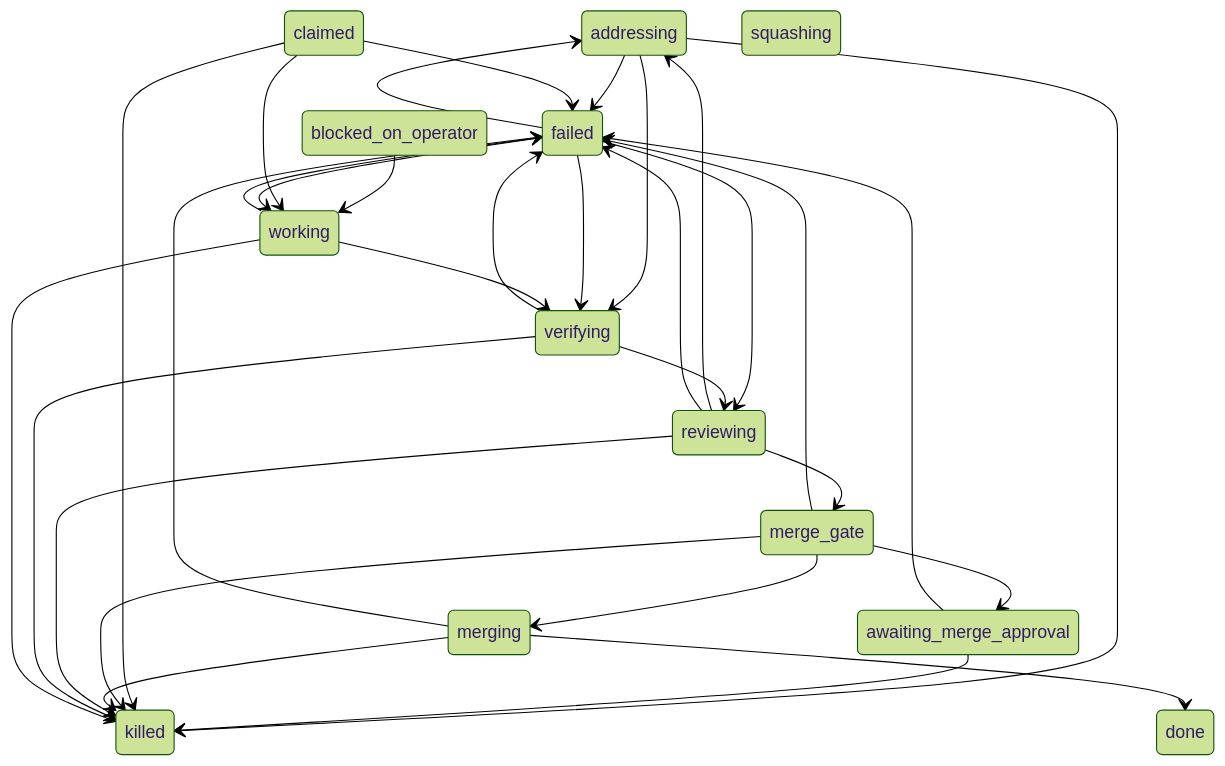
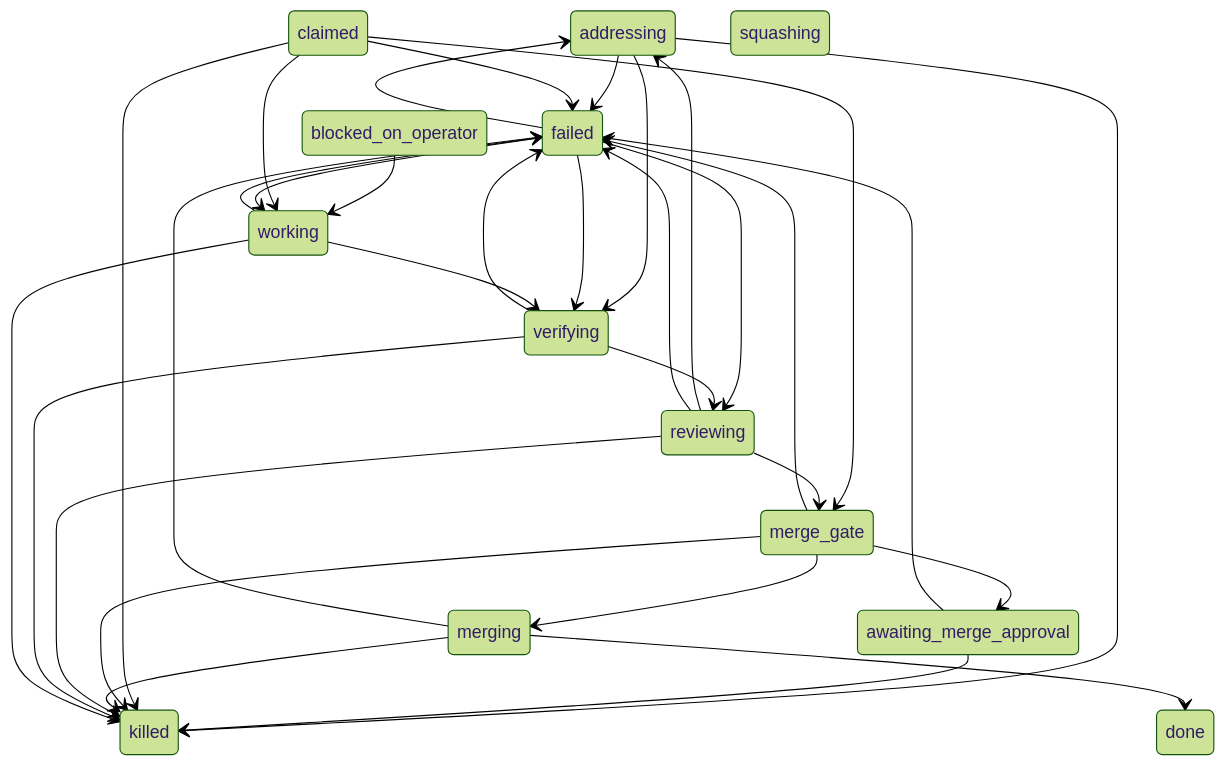
The second of 2 diagrams in docs/loop.md (wevial/holophyte), drawn with Mermaid (forest theme) before and after one commit. The commit also changed other lines of this file and 11 other files, not shown here.

````diff
--- a/docs/loop.md
+++ b/docs/loop.md
@@ -100,46 +105,47 @@
 ```mermaid
 stateDiagram-v2
     addressing
     awaiting_merge_approval
     blocked_on_operator
     claimed
     done
     failed
     killed
     merge_gate
     merging
     reviewing
     squashing
     verifying
     working
     addressing --> failed
     addressing --> killed
     addressing --> verifying
     awaiting_merge_approval --> failed
     awaiting_merge_approval --> killed
     blocked_on_operator --> working
     claimed --> failed
     claimed --> killed
+    claimed --> merge_gate
     claimed --> working
     failed --> addressing
     failed --> reviewing
     failed --> verifying
     failed --> working
     merge_gate --> awaiting_merge_approval
     merge_gate --> failed
     merge_gate --> killed
     merge_gate --> merging
     merging --> done
     merging --> failed
     merging --> killed
     reviewing --> addressing
     reviewing --> failed
     reviewing --> killed
     reviewing --> merge_gate
     verifying --> failed
     verifying --> killed
     verifying --> reviewing
     working --> failed
     working --> killed
     working --> verifying
 ```
````
